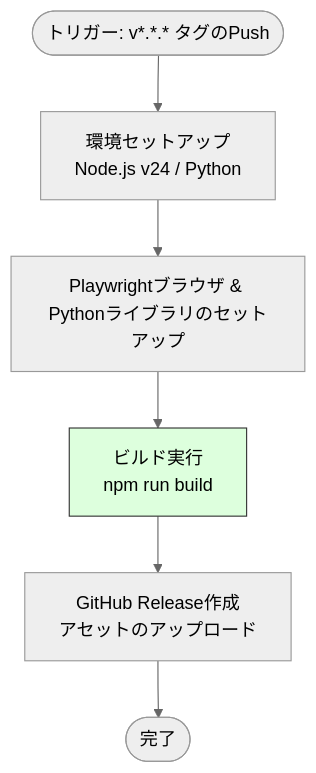
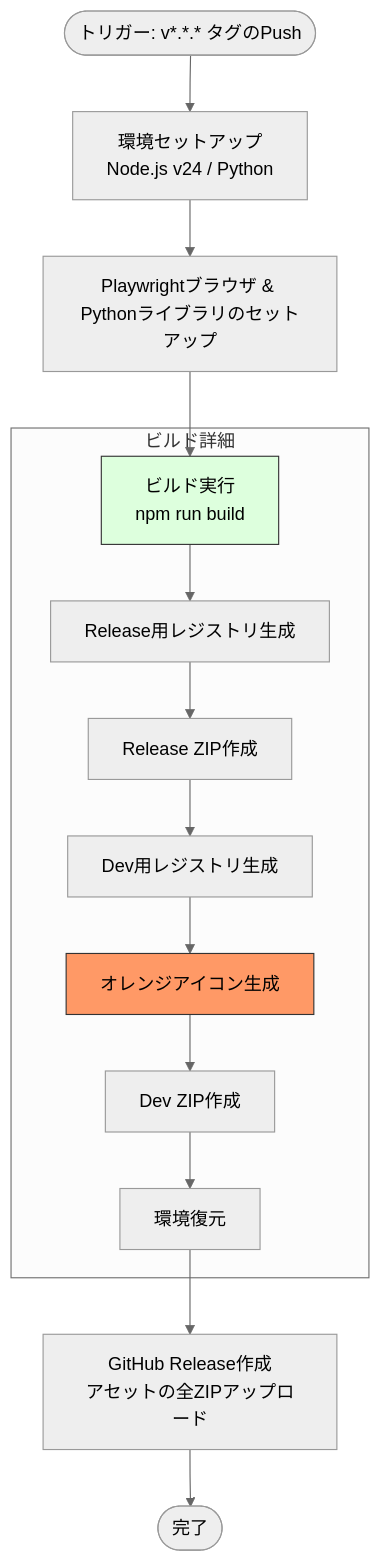
Before and after one commit to masanori-satake/QuickLog-Solo: the sixth of 7 diagrams in docs/README_ACTIONS.md, drawn with Mermaid (neutral theme). The commit also changed other lines of this file and 6 other files, not shown here.

````diff
--- a/docs/README_ACTIONS.md
+++ b/docs/README_ACTIONS.md
@@ -166,10 +179,19 @@
 ```mermaid
 graph TD
     Start([トリガー: v*.*.* タグのPush]) --> Setup[環境セットアップ<br/>Node.js v24 / Python]
     Setup --> Playwright[Playwrightブラウザ & <br/>Pythonライブラリのセットアップ]
     Playwright --> Build[ビルド実行<br/>npm run build]
-    Build --> Release[GitHub Release作成<br/>アセットのアップロード]
+    subgraph "ビルド詳細"
+        Build --> RegRelease[Release用レジストリ生成]
+        RegRelease --> ZipRelease[Release ZIP作成]
+        ZipRelease --> RegDev[Dev用レジストリ生成]
+        RegDev --> GenOrange[オレンジアイコン生成]
+        GenOrange --> ZipDev[Dev ZIP作成]
+        ZipDev --> Restore[環境復元]
+    end
+    Restore --> Release[GitHub Release作成<br/>アセットの全ZIPアップロード]
     Release --> End([完了])
 
     style Build fill:#dfd,stroke:#333
+    style GenOrange fill:#f96,stroke:#333
 ```
````
